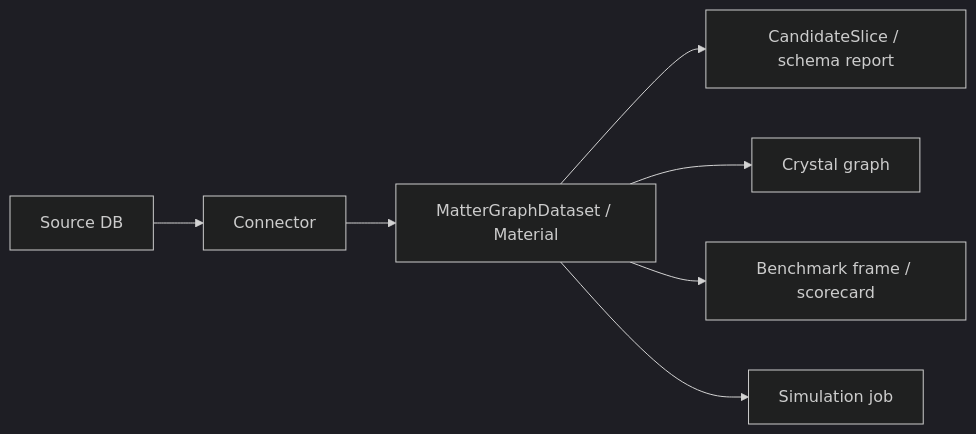
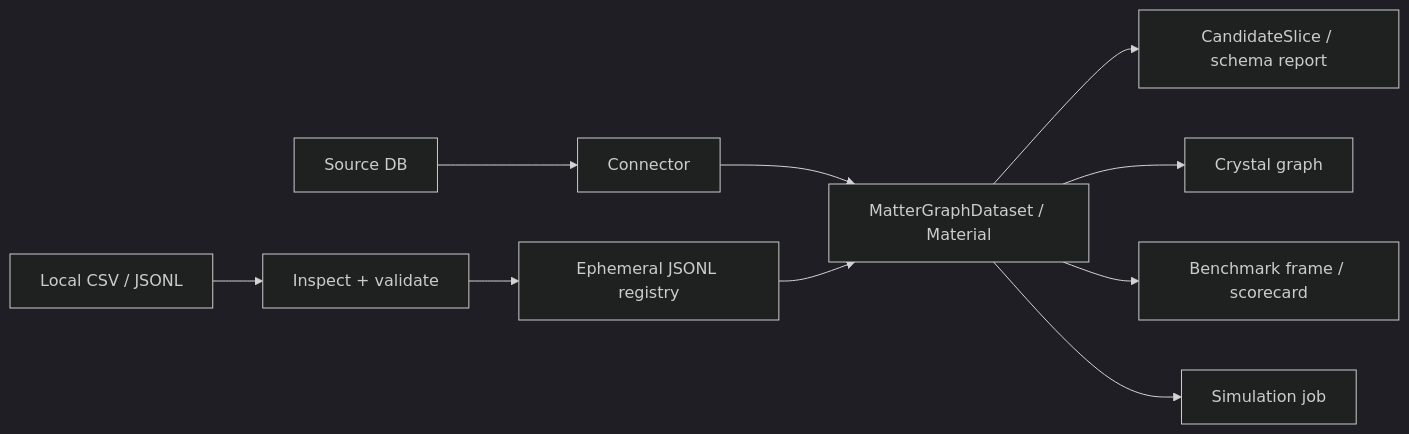
Before and after one commit to cyrusmo/MatterGraph: the diagram in docs/architecture.md, drawn with Mermaid (dark theme). The commit also changed other lines of this file and 86 other files, not shown here.

````diff
--- a/docs/architecture.md
+++ b/docs/architecture.md
@@ -12,9 +12,12 @@
 ```mermaid
 flowchart LR
   A[Source DB] --> B[Connector]
   B --> C["MatterGraphDataset / Material"]
   C --> D["CandidateSlice / schema report"]
   C --> E[Crystal graph]
   C --> F[Benchmark frame / scorecard]
   C --> G[Simulation job]
+  H[Local CSV / JSONL] --> I[Inspect + validate]
+  I --> J[Ephemeral JSONL registry]
+  J --> C
 ```
````
